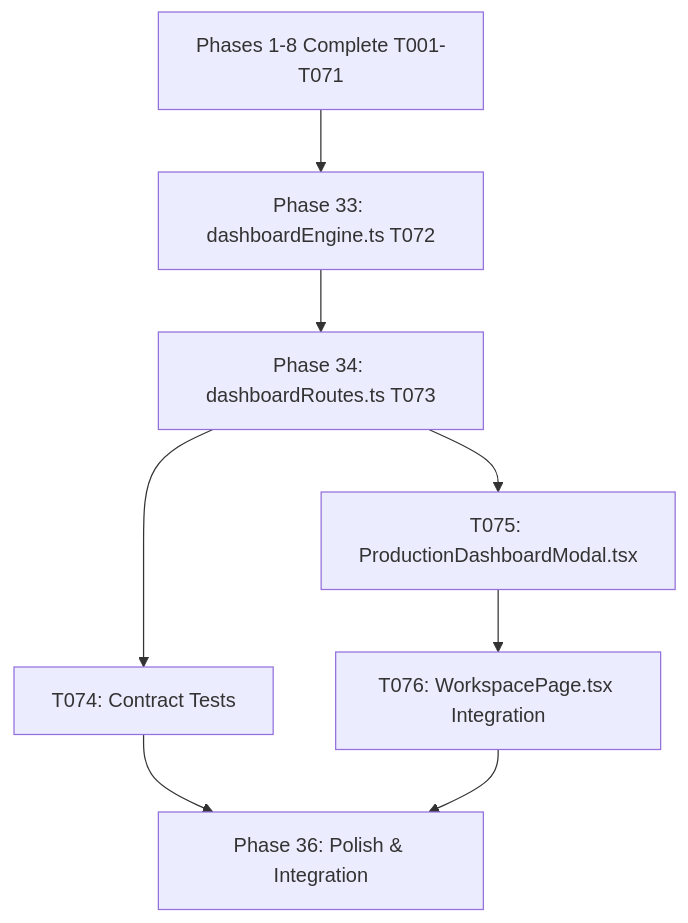
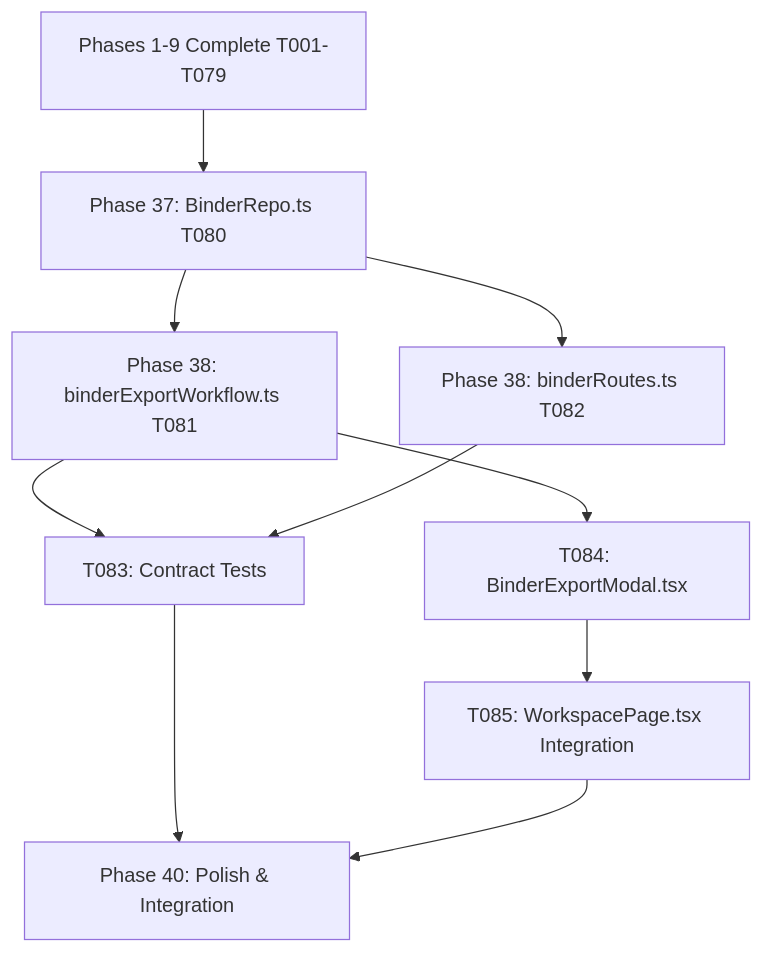
The diagram in specs/016-production-clearance-model/tasks.md (fmcgoohan/clearancescout), drawn with Mermaid before and after one commit. The commit also changed other lines of this file, not shown here.

Commit message:
docs(tasks): append Phase 10 legal clearance binder tasks to 016-production-clearance-model

````diff
--- a/specs/016-production-clearance-model/tasks.md
+++ b/specs/016-production-clearance-model/tasks.md
@@ -381,10 +429,12 @@
 ```mermaid
 graph TD
-    Phases1to8[Phases 1-8 Complete T001-T071] --> Phase33[Phase 33: dashboardEngine.ts T072]
-    Phase33 --> Phase34[Phase 34: dashboardRoutes.ts T073]
-    Phase34 --> US9_Tests[T074: Contract Tests]
-    Phase34 --> US9_UI_Modal[T075: ProductionDashboardModal.tsx]
-    US9_UI_Modal --> US9_UI_Page[T076: WorkspacePage.tsx Integration]
-    US9_Tests --> Phase36[Phase 36: Polish & Integration]
-    US9_UI_Page --> Phase36
+    Phases1to9[Phases 1-9 Complete T001-T079] --> Phase37[Phase 37: BinderRepo.ts T080]
+    Phase37 --> Phase38_Workflow[Phase 38: binderExportWorkflow.ts T081]
+    Phase37 --> Phase38_Routes[Phase 38: binderRoutes.ts T082]
+    Phase38_Workflow --> US10_Tests[T083: Contract Tests]
+    Phase38_Routes --> US10_Tests
+    Phase38_Workflow --> US10_UI_Modal[T084: BinderExportModal.tsx]
+    US10_UI_Modal --> US10_UI_Page[T085: WorkspacePage.tsx Integration]
+    US10_Tests --> Phase40[Phase 40: Polish & Integration]
+    US10_UI_Page --> Phase40
 ```
````
